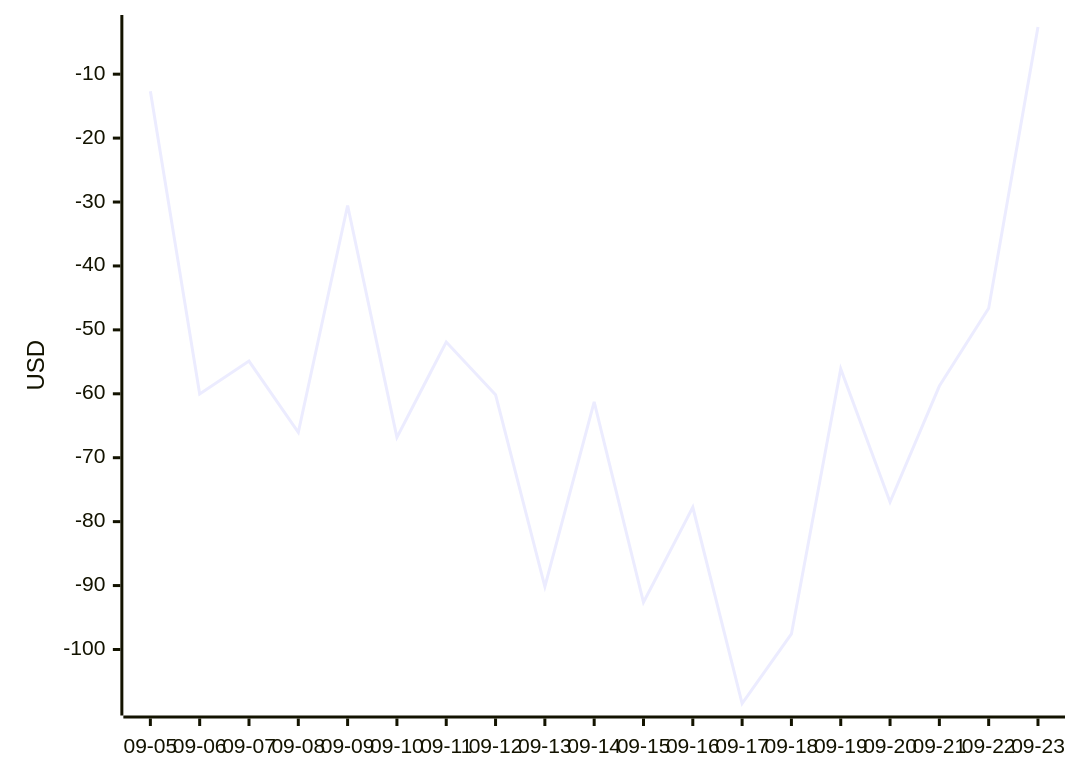
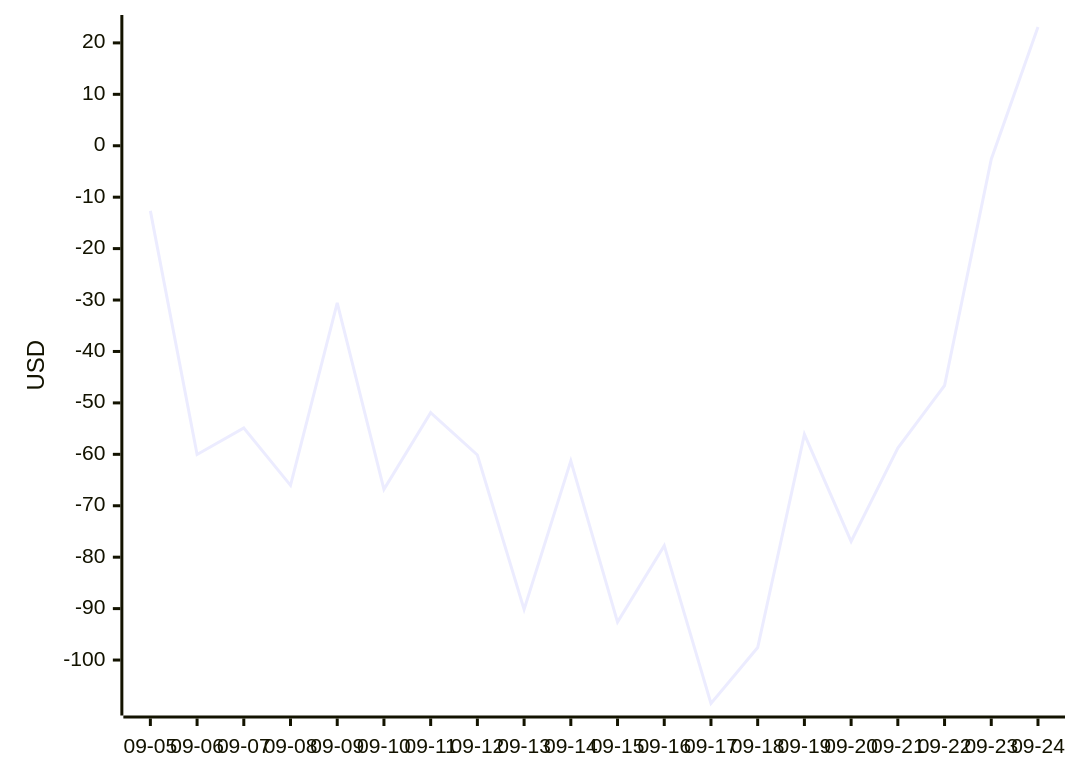
The diagram in DASHBOARD.md (aryanvaid2108/prediction-trading), drawn with Mermaid before and after one commit. The commit also changed other lines of this file and 6 other files, not shown here.

````diff
--- a/DASHBOARD.md
+++ b/DASHBOARD.md
@@ -66,6 +66,6 @@
 ```mermaid
 xychart-beta
-  x-axis ["09-05", "09-06", "09-07", "09-08", "09-09", "09-10", "09-11", "09-12", "09-13", "09-14", "09-15", "09-16", "09-17", "09-18", "09-19", "09-20", "09-21", "09-22", "09-23"]
+  x-axis ["09-05", "09-06", "09-07", "09-08", "09-09", "09-10", "09-11", "09-12", "09-13", "09-14", "09-15", "09-16", "09-17", "09-18", "09-19", "09-20", "09-21", "09-22", "09-23", "09-24"]
   y-axis "USD"
-  line [-12.66, -60.03, -54.88, -66.03, -30.54, -66.82, -51.90, -60.13, -90.16, -61.28, -92.62, -77.76, -108.45, -97.57, -56.11, -76.93, -58.79, -46.62, -2.62]
+  line [-12.66, -60.03, -54.88, -66.03, -30.54, -66.82, -51.90, -60.13, -90.16, -61.28, -92.62, -77.76, -108.45, -97.57, -56.11, -76.93, -58.79, -46.62, -2.62, 23.09]
 ```
````
